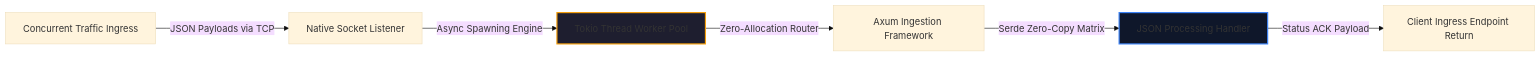
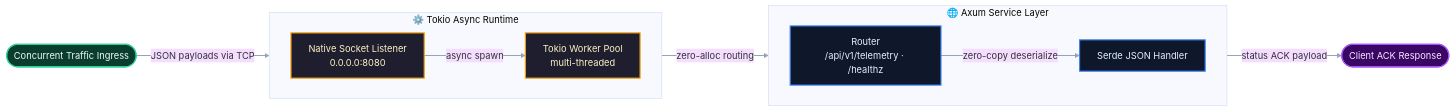
Before and after one commit to Jolaboy/distributed-core-systems: the diagram in README.md, drawn with Mermaid (base theme). The commit also changed other lines of this file, not shown here.

Commit message:
docs: improve mermaid architecture diagram visibility

````diff
--- a/README.md
+++ b/README.md
@@ -7,11 +7,30 @@
 ```mermaid
 graph LR
-    A[Concurrent Traffic Ingress] -->|JSON Payloads via TCP| B[Native Socket Listener]
-    B -->|Async Spawning Engine| C[Tokio Thread Worker Pool]
-    C -->|Zero-Allocation Router| D[Axum Ingestion Framework]
-    D -->|Serde Zero-Copy Matrix| E[JSON Processing Handler]
-    E -->|Status ACK Payload| F[Client Ingress Endpoint Return]
+    classDef ingress fill:#0b3d2e,stroke:#34d399,stroke-width:2px,color:#ecfdf5;
+    classDef runtime fill:#1e1e2f,stroke:#f59e0b,stroke-width:2px,color:#fef3c7;
+    classDef framework fill:#0f172a,stroke:#3b82f6,stroke-width:2px,color:#e0f2fe;
+    classDef egress fill:#3b0764,stroke:#a855f7,stroke-width:2px,color:#f5e8ff;
 
-    style C fill:#1e1e2f,stroke:#f59e0b,stroke-width:2px
-    style E fill:#0f172a,stroke:#3b82f6,stroke-width:2px
+    A([Concurrent Traffic Ingress]):::ingress
+    F([Client ACK Response]):::egress
+
+    subgraph TOKIO["⚙️ Tokio Async Runtime"]
+        direction LR
+        B["Native Socket Listener<br/>0.0.0.0:8080"]:::runtime
+        C["Tokio Worker Pool<br/>multi-threaded"]:::runtime
+    end
+
+    subgraph AXUM["🌐 Axum Service Layer"]
+        direction LR
+        D["Router<br/>/api/v1/telemetry · /healthz"]:::framework
+        E["Serde JSON Handler"]:::framework
+    end
+
+    A -->|JSON payloads via TCP| B
+    B -->|async spawn| C
+    C -->|zero-alloc routing| D
+    D -->|zero-copy deserialize| E
+    E -->|status ACK payload| F
+
+    linkStyle default stroke:#94a3b8,stroke-width:2px;
 ```
````
